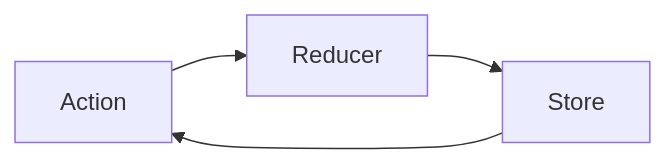
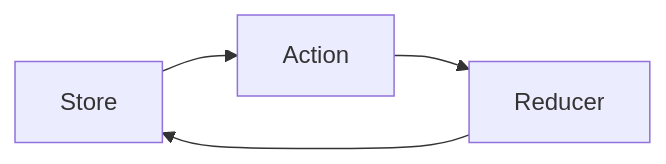
The diagram in README.md (gauravmahal/ReactJs), drawn with Mermaid before and after one commit. The commit also changed other lines of this file, not shown here.

````diff
--- a/README.md
+++ b/README.md
@@ -73,6 +71,6 @@
 ```mermaid
 graph LR
-A[Action] --> B[Reducer]
-B --> C[Store]
+A[Store] --> B[Action]
+B --> C[Reducer]
 C --> A
 ```
````
